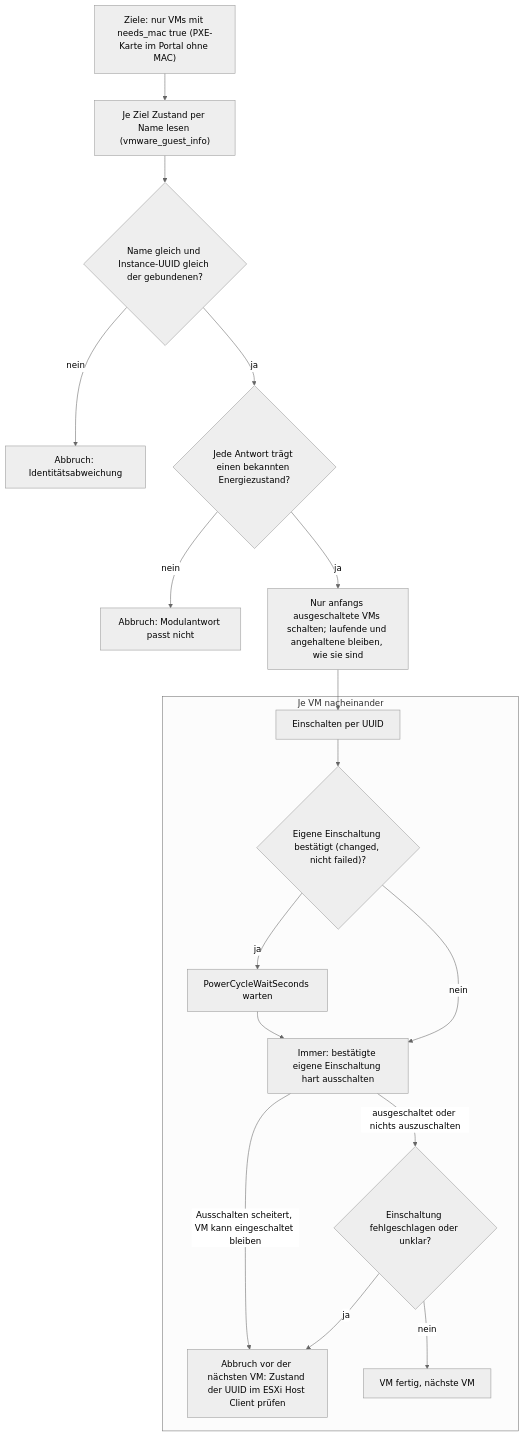
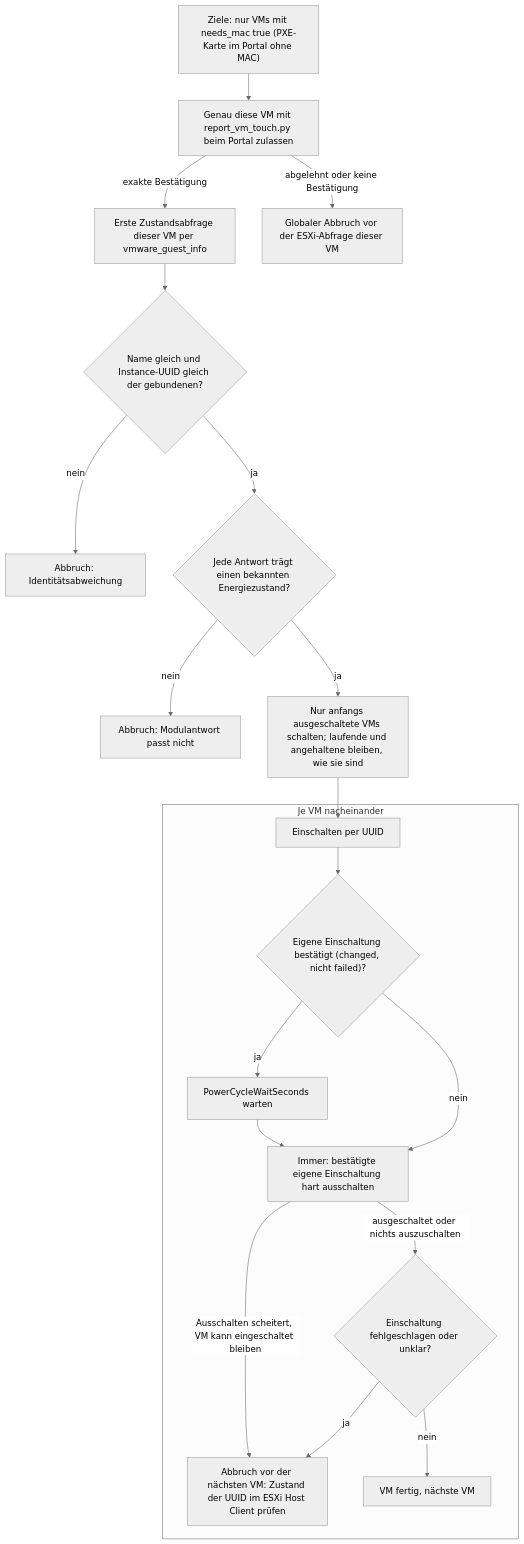
One commit to Samy94M/VirtuSphere-v2-WebApp changed the ninth of 13 diagrams in docs/operations/deploy-flows.md. Above: the diagram before and after it, drawn with Mermaid (neutral theme). The commit also changed other lines of this file and 55 other files, not shown here.

````diff
--- a/docs/operations/deploy-flows.md
+++ b/docs/operations/deploy-flows.md
@@ -310,20 +310,22 @@
 ```mermaid
 flowchart TD
-  A["Ziele: nur VMs mit needs_mac true (PXE-Karte im Portal ohne MAC)"] --> B["Je Ziel Zustand per Name lesen (vmware_guest_info)"]
-  B --> C{"Name gleich und Instance-UUID gleich der gebundenen?"}
-  C -->|nein| CX["Abbruch: Identitätsabweichung"]
-  C -->|ja| D{"Jede Antwort trägt einen bekannten Energiezustand?"}
-  D -->|nein| DX["Abbruch: Modulantwort passt nicht"]
-  D -->|ja| E["Nur anfangs ausgeschaltete VMs schalten; laufende und angehaltene bleiben, wie sie sind"]
+  A["Ziele: nur VMs mit needs_mac true (PXE-Karte im Portal ohne MAC)"] --> B["Genau diese VM mit report_vm_touch.py beim Portal zulassen"]
+  B -->|exakte Bestätigung| C["Erste Zustandsabfrage dieser VM per vmware_guest_info"]
+  B -->|abgelehnt oder keine Bestätigung| BR["Globaler Abbruch vor der ESXi-Abfrage dieser VM"]
+  C --> D{"Name gleich und Instance-UUID gleich der gebundenen?"}
+  D -->|nein| CX["Abbruch: Identitätsabweichung"]
+  D -->|ja| E{"Jede Antwort trägt einen bekannten Energiezustand?"}
+  E -->|nein| DX["Abbruch: Modulantwort passt nicht"]
+  E -->|ja| F["Nur anfangs ausgeschaltete VMs schalten; laufende und angehaltene bleiben, wie sie sind"]
   subgraph JE["Je VM nacheinander"]
-    F["Einschalten per UUID"] --> G{"Eigene Einschaltung bestätigt (changed, nicht failed)?"}
-    G -->|ja| H["PowerCycleWaitSeconds warten"]
-    H --> I["Immer: bestätigte eigene Einschaltung hart ausschalten"]
-    G -->|nein| I
-    I -->|Ausschalten scheitert, VM kann eingeschaltet bleiben| KX
-    I -->|ausgeschaltet oder nichts auszuschalten| K{"Einschaltung fehlgeschlagen oder unklar?"}
+    G["Einschalten per UUID"] --> H{"Eigene Einschaltung bestätigt (changed, nicht failed)?"}
+    H -->|ja| I["PowerCycleWaitSeconds warten"]
+    I --> J["Immer: bestätigte eigene Einschaltung hart ausschalten"]
+    H -->|nein| J
+    J -->|Ausschalten scheitert, VM kann eingeschaltet bleiben| KX
+    J -->|ausgeschaltet oder nichts auszuschalten| K{"Einschaltung fehlgeschlagen oder unklar?"}
     K -->|ja| KX["Abbruch vor der nächsten VM: Zustand der UUID im ESXi Host Client prüfen"]
     K -->|nein| KP["VM fertig, nächste VM"]
   end
-  E --> F
+  F --> G
 ```
````
